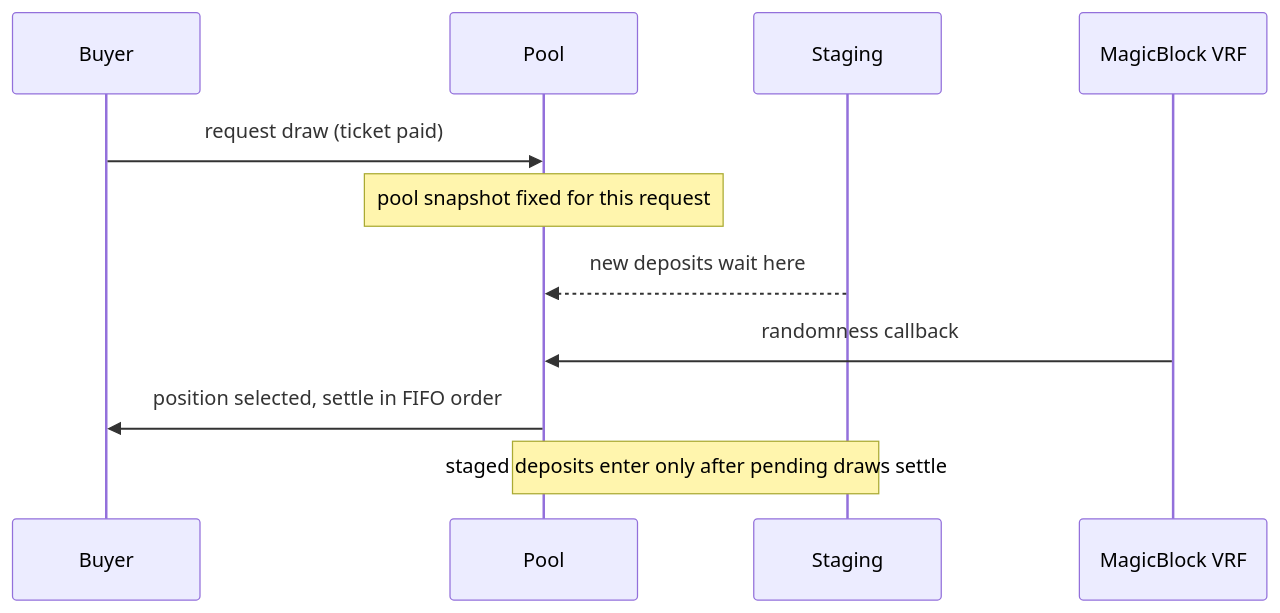
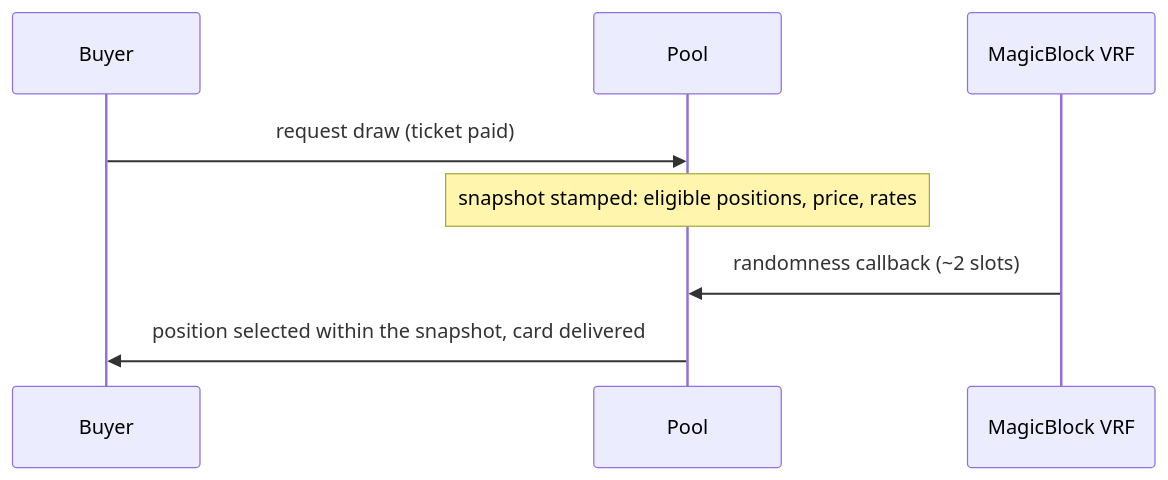
Before and after one commit to gabox-labs/docs: the diagram in the-draw.mdx, drawn with Mermaid. The commit also changed other lines of this file and 14 other files, not shown here.

````diff
--- a/the-draw.mdx
+++ b/the-draw.mdx
@@ -32,13 +32,10 @@
 ```mermaid
 sequenceDiagram
     participant Buyer
     participant Pool
-    participant Staging
     participant VRF as MagicBlock VRF
     Buyer->>Pool: request draw (ticket paid)
-    Note over Pool: pool snapshot fixed for this request
-    Staging-->>Pool: new deposits wait here
-    VRF->>Pool: randomness callback
-    Pool->>Buyer: position selected, settle in FIFO order
-    Note over Staging,Pool: staged deposits enter only after pending draws settle
+    Note over Pool: snapshot stamped: eligible positions, price, rates
+    VRF->>Pool: randomness callback (~2 slots)
+    Pool->>Buyer: position selected within the snapshot, card delivered
 ```
````
